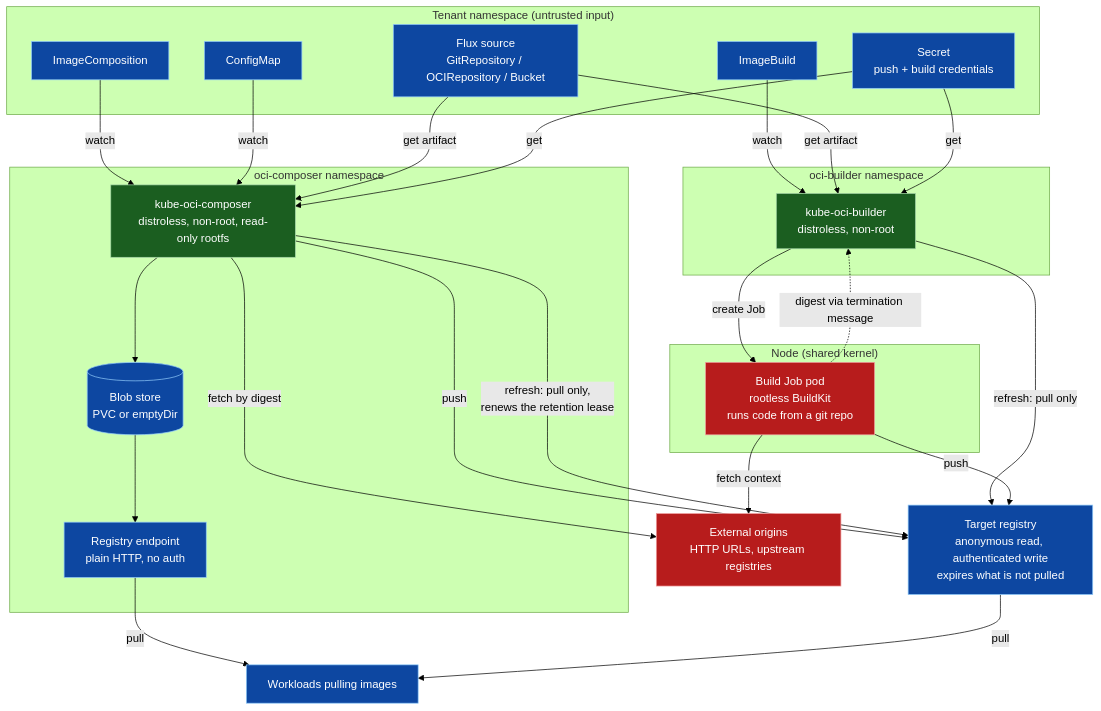
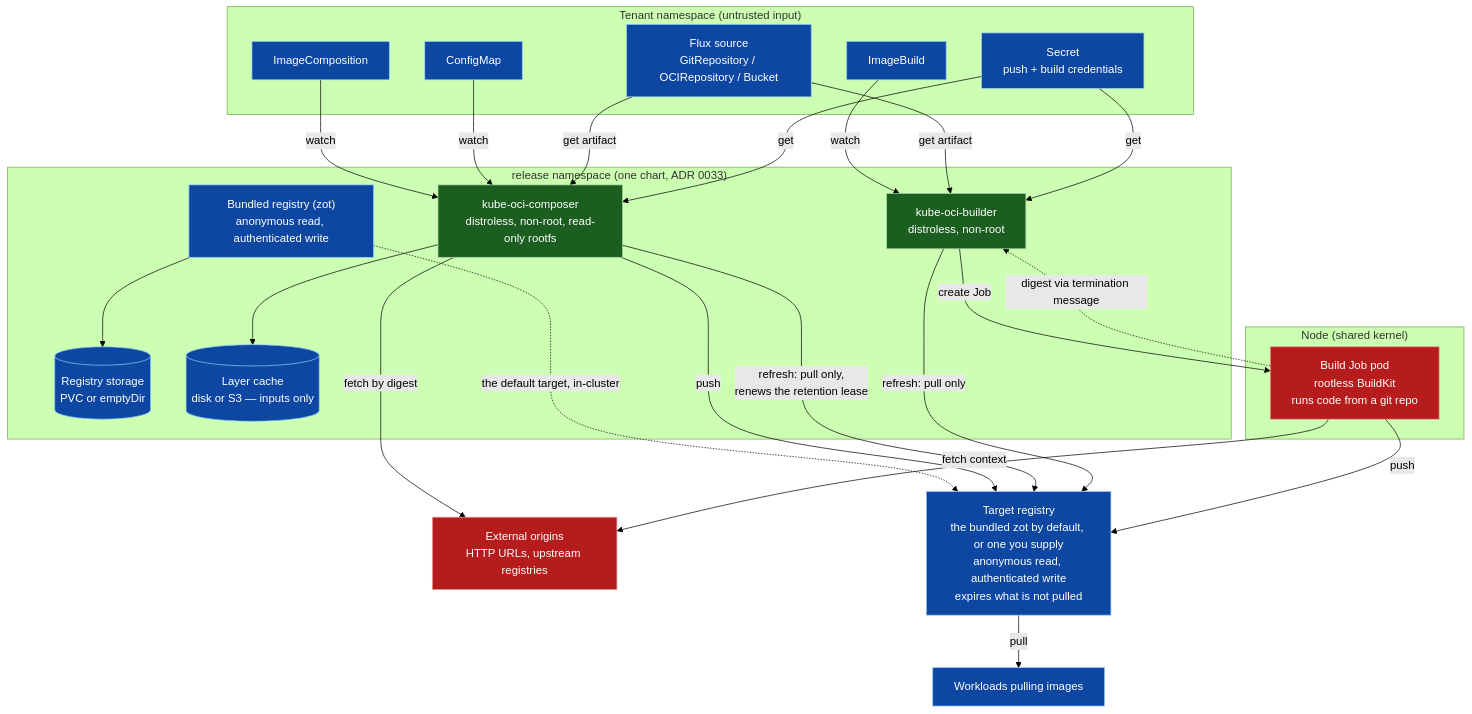
Before and after one commit to lhns/kube-oci-composer: the first of 3 diagrams in docs/threat-model.md, drawn with Mermaid (forest theme). The commit also changed other lines of this file and 82 other files, not shown here.

First line of the commit message:
feat!: a registry is the only publication path, and four threat-model gaps close (#43)

````diff
--- a/docs/threat-model.md
+++ b/docs/threat-model.md
@@ -17,56 +17,54 @@
 ```mermaid
 graph TB
     subgraph tenant["Tenant namespace (untrusted input)"]
         IC["ImageComposition"]
         DB["ImageBuild"]
         CM["ConfigMap"]
         SEC["Secret<br/>push + build credentials"]
         SRC["Flux source<br/>GitRepository / OCIRepository / Bucket"]
     end
 
-    subgraph composerNS["oci-composer namespace"]
+    subgraph releaseNS["release namespace (one chart, ADR 0033)"]
         COMP["kube-oci-composer<br/>distroless, non-root, read-only rootfs"]
-        STORE[("Blob store<br/>PVC or emptyDir")]
-        SERVE["Registry endpoint<br/>plain HTTP, no auth"]
-    end
-
-    subgraph builderNS["oci-builder namespace"]
         BUILD["kube-oci-builder<br/>distroless, non-root"]
+        ZOT["Bundled registry (zot)<br/>anonymous read, authenticated write"]
+        STORE[("Registry storage<br/>PVC or emptyDir")]
+        CACHE[("Layer cache<br/>disk or S3 — inputs only")]
     end
 
     subgraph node["Node (shared kernel)"]
         JOB["Build Job pod<br/>rootless BuildKit<br/>runs code from a git repo"]
     end
 
     EXT["External origins<br/>HTTP URLs, upstream registries"]
-    REG["Target registry<br/>anonymous read, authenticated write<br/>expires what is not pulled"]
+    REG["Target registry<br/>the bundled zot by default, or one you supply<br/>anonymous read, authenticated write<br/>expires what is not pulled"]
     CONSUMER["Workloads pulling images"]
 
     IC -->|watch| COMP
     CM -->|watch| COMP
     SRC -->|get artifact| COMP
     SEC -->|get| COMP
     COMP -->|fetch by digest| EXT
-    COMP --> STORE
-    STORE --> SERVE
+    COMP --> CACHE
+    ZOT --> STORE
+    ZOT -.->|"the default target, in-cluster"| REG
     COMP -->|push| REG
     COMP -->|"refresh: pull only,<br/>renews the retention lease"| REG
-    SERVE -->|pull| CONSUMER
     REG -->|pull| CONSUMER
 
     DB -->|watch| BUILD
     SRC -->|get artifact| BUILD
     SEC -->|get| BUILD
     BUILD -->|"refresh: pull only"| REG
     BUILD -->|create Job| JOB
     JOB -->|fetch context| EXT
     JOB -->|push| REG
     JOB -.->|digest via termination message| BUILD
 
     classDef trusted fill:#1b5e20,stroke:#a5d6a7,color:#ffffff
     classDef hostile fill:#b71c1c,stroke:#ef9a9a,color:#ffffff
     classDef neutral fill:#0d47a1,stroke:#90caf9,color:#ffffff
     class COMP,BUILD trusted
     class JOB,EXT hostile
-    class IC,DB,CM,SEC,SRC,STORE,SERVE,REG,CONSUMER neutral
+    class IC,DB,CM,SEC,SRC,STORE,CACHE,ZOT,REG,CONSUMER neutral
 ```
````
